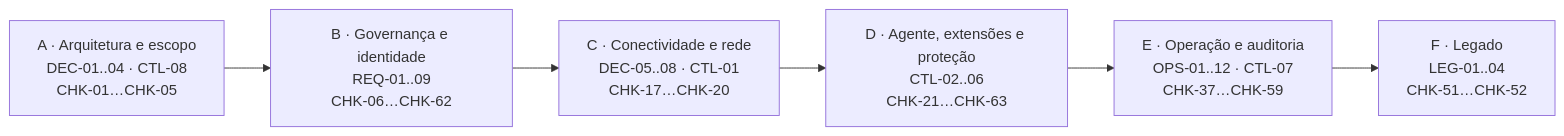
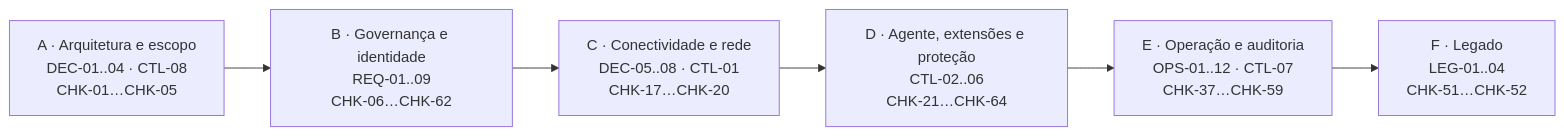
Before and after one commit to fabiotreze/arc-posture-review: diagram 14 of 18 in docs/guide.pt-BR.md, drawn with Mermaid. The commit also changed other lines of this file and 13 other files, not shown here.

````diff
--- a/docs/guide.pt-BR.md
+++ b/docs/guide.pt-BR.md
@@ -1251,9 +1253,9 @@
 ```mermaid
 %% svg:phases
 flowchart LR
   A["A · Arquitetura e escopo<br/>DEC-01..04 · CTL-08<br/>CHK-01…CHK-05"] --> B["B · Governança e identidade<br/>REQ-01..09<br/>CHK-06…CHK-62"]
   B --> C["C · Conectividade e rede<br/>DEC-05..08 · CTL-01<br/>CHK-17…CHK-20"]
-  C --> D["D · Agente, extensões e proteção<br/>CTL-02..06<br/>CHK-21…CHK-63"]
+  C --> D["D · Agente, extensões e proteção<br/>CTL-02..06<br/>CHK-21…CHK-64"]
   D --> E["E · Operação e auditoria<br/>OPS-01..12 · CTL-07<br/>CHK-37…CHK-59"]
   E --> F["F · Legado<br/>LEG-01..04<br/>CHK-51…CHK-52"]
 ```
````
